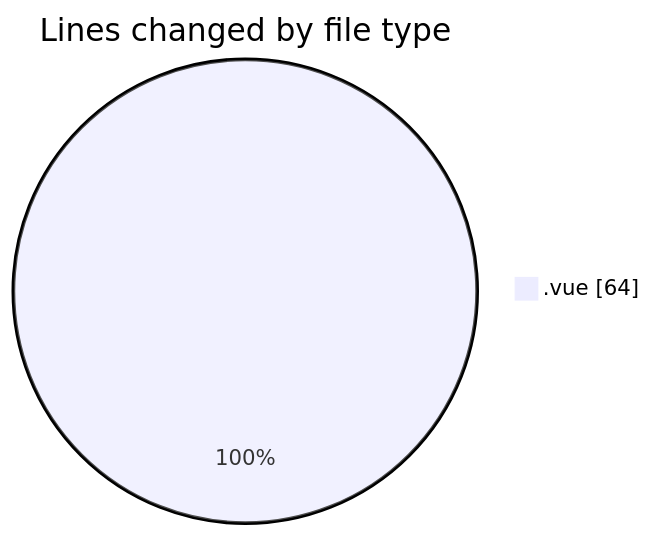
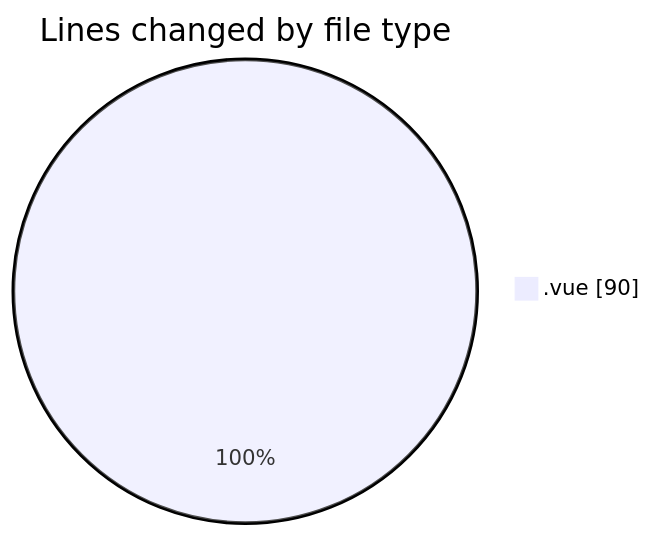
One commit to lephambinh05/code-tracking changed the first of 2 diagrams in 2025-08-12/rentotp/README.md. Above: the diagram before and after it, drawn with Mermaid. The commit also changed other lines of this file and 2 other files, not shown here.

````diff
--- a/2025-08-12/rentotp/README.md
+++ b/2025-08-12/rentotp/README.md
@@ -20,5 +20,5 @@
 ```mermaid
 pie showData
 title Lines changed by file type
-".vue" : 64
+".vue" : 90
 ```
````
